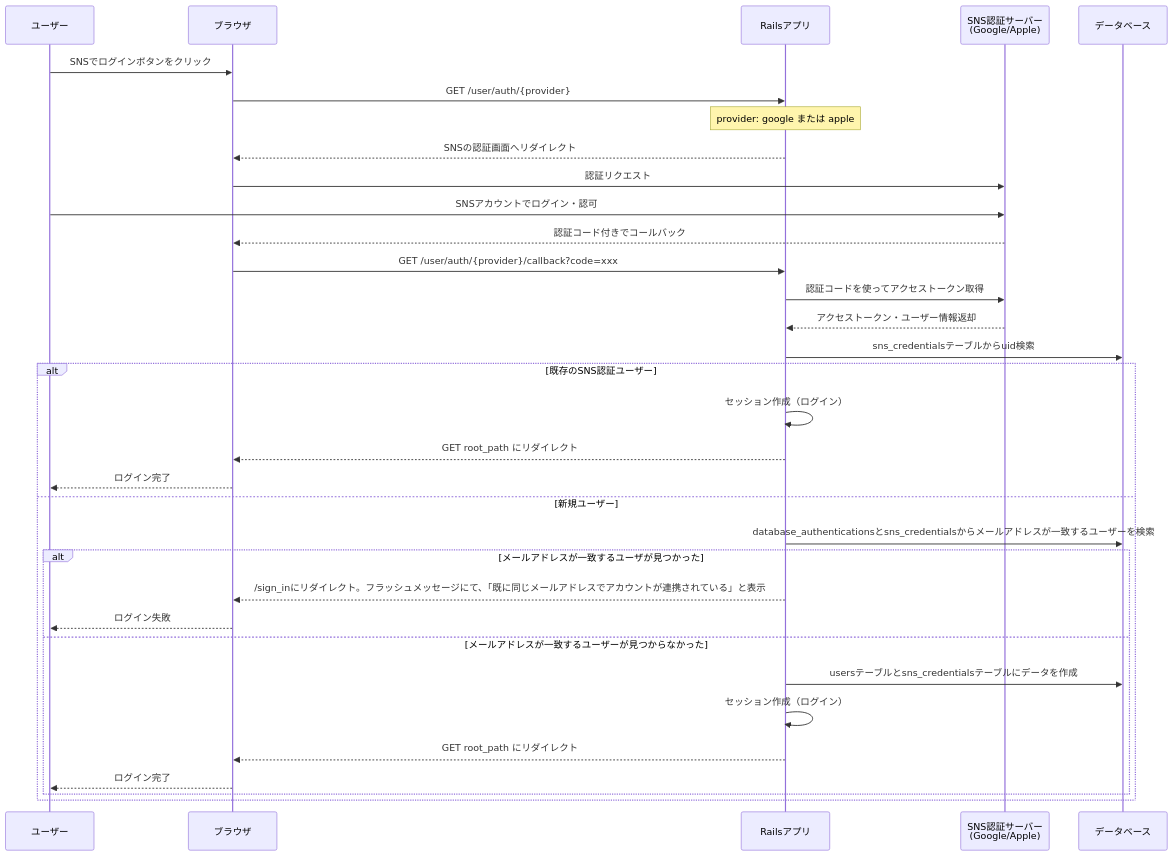
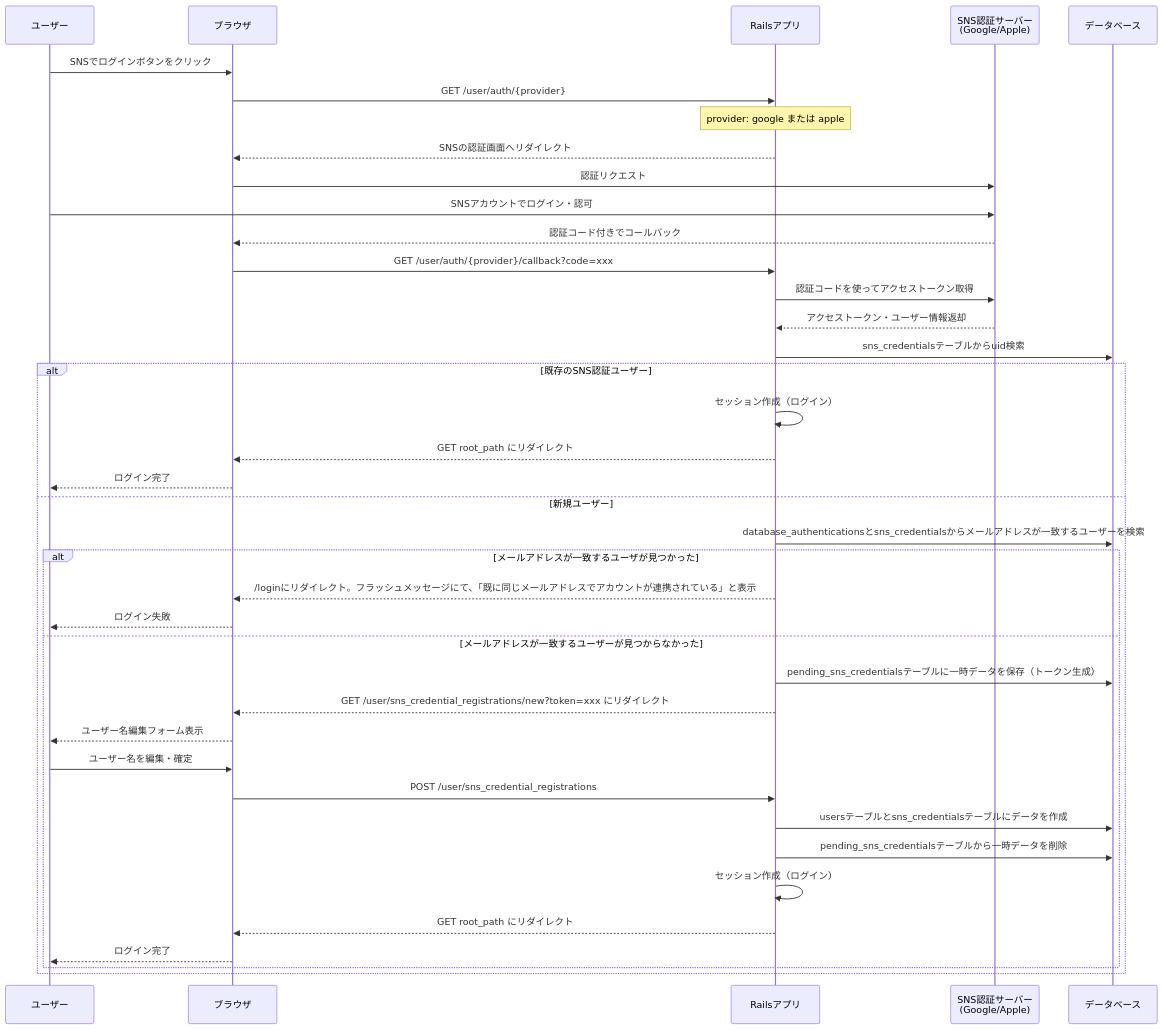
One commit to Okunichiyou/rails-blog changed the second of 2 diagrams in docs/authentications/sns_authentication.md. Above: the diagram before and after it, drawn with Mermaid. The commit also changed other lines of this file and 1 other file, not shown here.

````diff
--- a/docs/authentications/sns_authentication.md
+++ b/docs/authentications/sns_authentication.md
@@ -34,39 +46,45 @@
 ```mermaid
 sequenceDiagram
     participant User as ユーザー
     participant Browser as ブラウザ
     participant App as Railsアプリ
     participant SNS as SNS認証サーバー<br/>(Google/Apple)
     participant DB as データベース
 
     User->>Browser: SNSでログインボタンをクリック
     Browser->>App: GET /user/auth/{provider}
     Note over App: provider: google または apple
     App-->>Browser: SNSの認証画面へリダイレクト
     Browser->>SNS: 認証リクエスト
     User->>SNS: SNSアカウントでログイン・認可
     SNS-->>Browser: 認証コード付きでコールバック
     Browser->>App: GET /user/auth/{provider}/callback?code=xxx
     App->>SNS: 認証コードを使ってアクセストークン取得
     SNS-->>App: アクセストークン・ユーザー情報返却
     App->>DB: sns_credentialsテーブルからuid検索
 
     alt 既存のSNS認証ユーザー
         App->>App: セッション作成（ログイン）
         App-->>Browser: GET root_path にリダイレクト
         Browser-->>User: ログイン完了
 
     else 新規ユーザー
         App->>DB: database_authenticationsとsns_credentialsからメールアドレスが一致するユーザーを検索
 
         alt メールアドレスが一致するユーザが見つかった
-          App-->>Browser: /sign_inにリダイレクト。フラッシュメッセージにて、「既に同じメールアドレスでアカウントが連携されている」と表示
+          App-->>Browser: /loginにリダイレクト。フラッシュメッセージにて、「既に同じメールアドレスでアカウントが連携されている」と表示
           Browser-->>User: ログイン失敗
         else メールアドレスが一致するユーザーが見つからなかった
+          App->>DB: pending_sns_credentialsテーブルに一時データを保存（トークン生成）
+          App-->>Browser: GET /user/sns_credential_registrations/new?token=xxx にリダイレクト
+          Browser-->>User: ユーザー名編集フォーム表示
+          User->>Browser: ユーザー名を編集・確定
+          Browser->>App: POST /user/sns_credential_registrations
           App->>DB: usersテーブルとsns_credentialsテーブルにデータを作成
+          App->>DB: pending_sns_credentialsテーブルから一時データを削除
           App->>App: セッション作成（ログイン）
           App-->>Browser: GET root_path にリダイレクト
           Browser-->>User: ログイン完了
         end
     end
 ```
````
